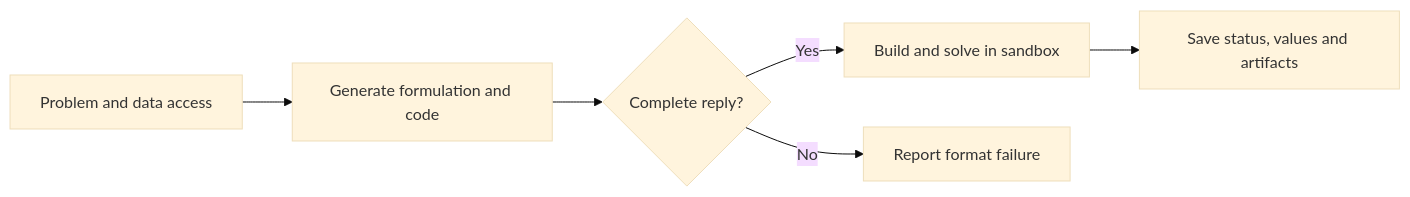
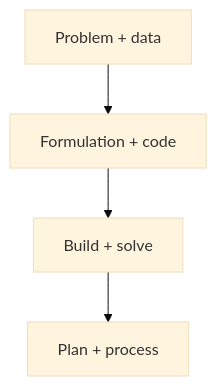
Before and after one commit to Fangziyang0910/LLM4OM: the diagram in website/content/en/direct.md, drawn with Mermaid (base theme). The commit also changed other lines of this file and 231 other files, not shown here.

````diff
--- a/website/content/en/direct.md
+++ b/website/content/en/direct.md
@@ -15,8 +15,8 @@
 ```mermaid
-flowchart LR
-  Read["Problem and data access"] --> Generate["Generate formulation and code"]
-  Generate --> Format{"Complete reply?"}
-  Format -->|Yes| Solve["Build and solve in sandbox"]
-  Format -->|No| Fail["Report format failure"]
-  Solve --> Result["Save status, values and artifacts"]
+flowchart TB
+  Read["Problem + data"]
+  Generate["Formulation + code"]
+  Solve["Build + solve"]
+  Result["Plan + process"]
+  Read --> Generate --> Solve --> Result
 ```
````
